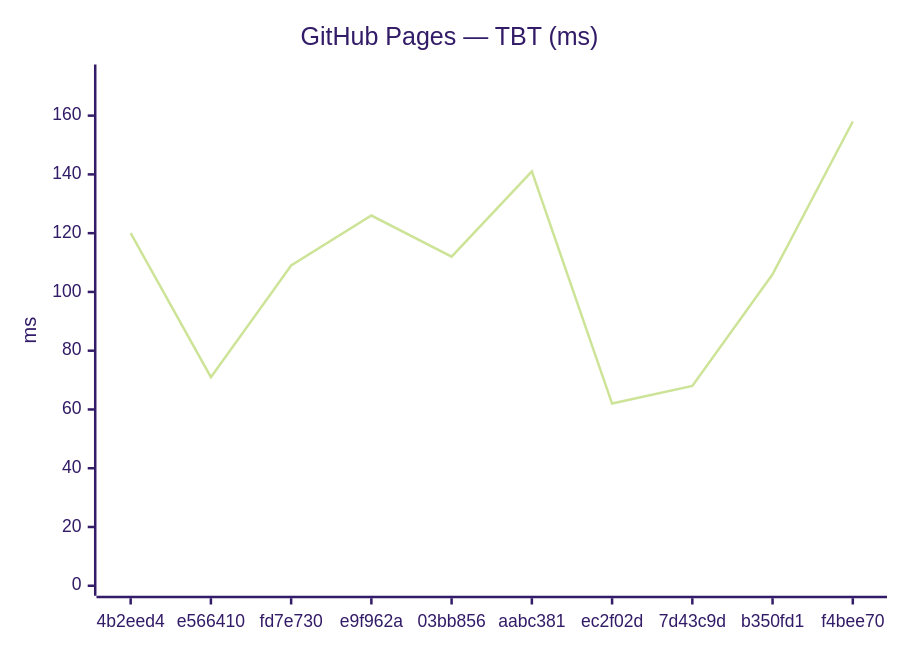
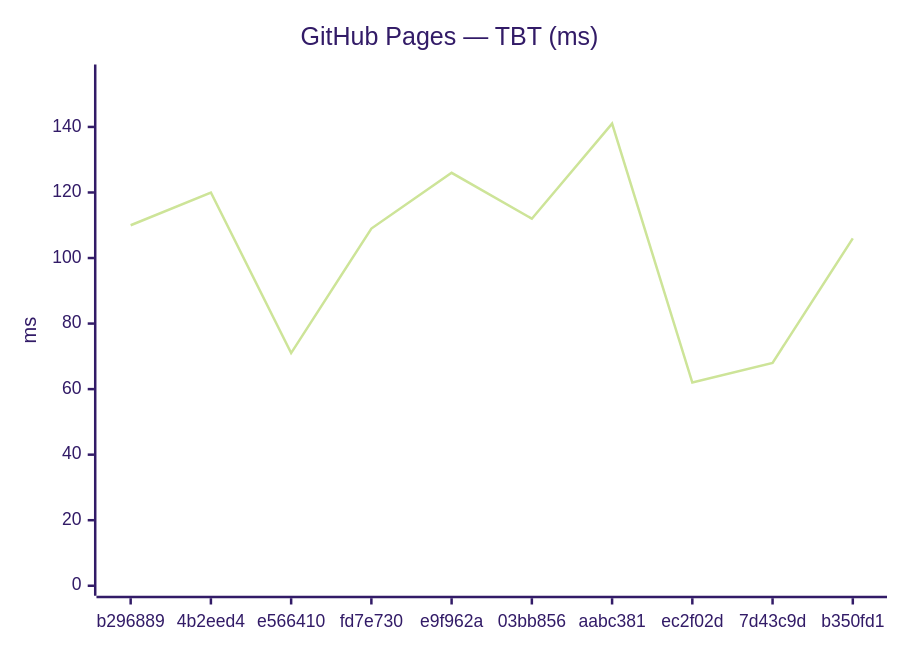
The fourth of 18 diagrams in benchmarks/compare.md (Metaheurist/Rianell), drawn with Mermaid (forest theme) before and after one commit. The commit also changed other lines of this file and 11 other files, not shown here.

````diff
--- a/benchmarks/compare.md
+++ b/benchmarks/compare.md
@@ -61,7 +61,7 @@
 ```mermaid
 xychart-beta
     title "GitHub Pages — TBT (ms)"
-    x-axis ["4b2eed4", "e566410", "fd7e730", "e9f962a", "03bb856", "aabc381", "ec2f02d", "7d43c9d", "b350fd1", "f4bee70"]
-    y-axis "ms" 0 --> 174
-    line [120, 71, 109, 126, 112, 141, 62, 68, 106, 158]
+    x-axis ["b296889", "4b2eed4", "e566410", "fd7e730", "e9f962a", "03bb856", "aabc381", "ec2f02d", "7d43c9d", "b350fd1"]
+    y-axis "ms" 0 --> 156
+    line [110, 120, 71, 109, 126, 112, 141, 62, 68, 106]
 ```
````
